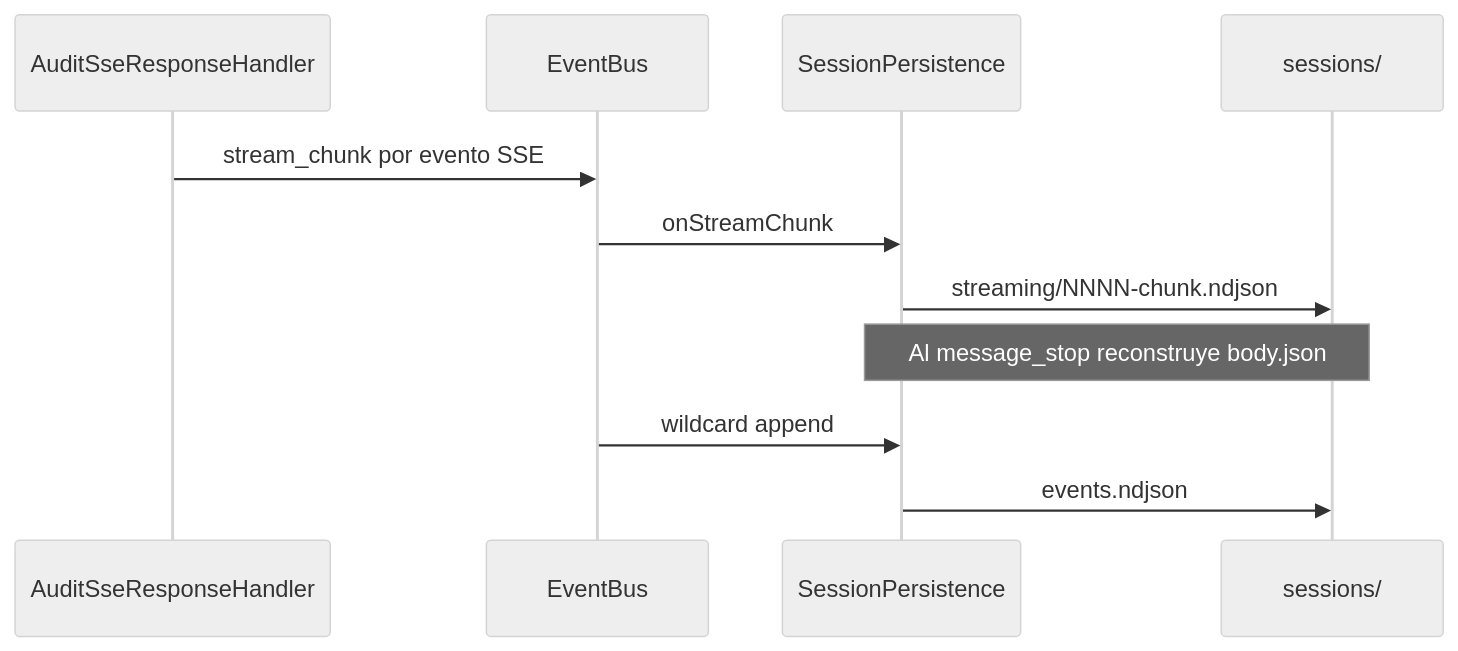
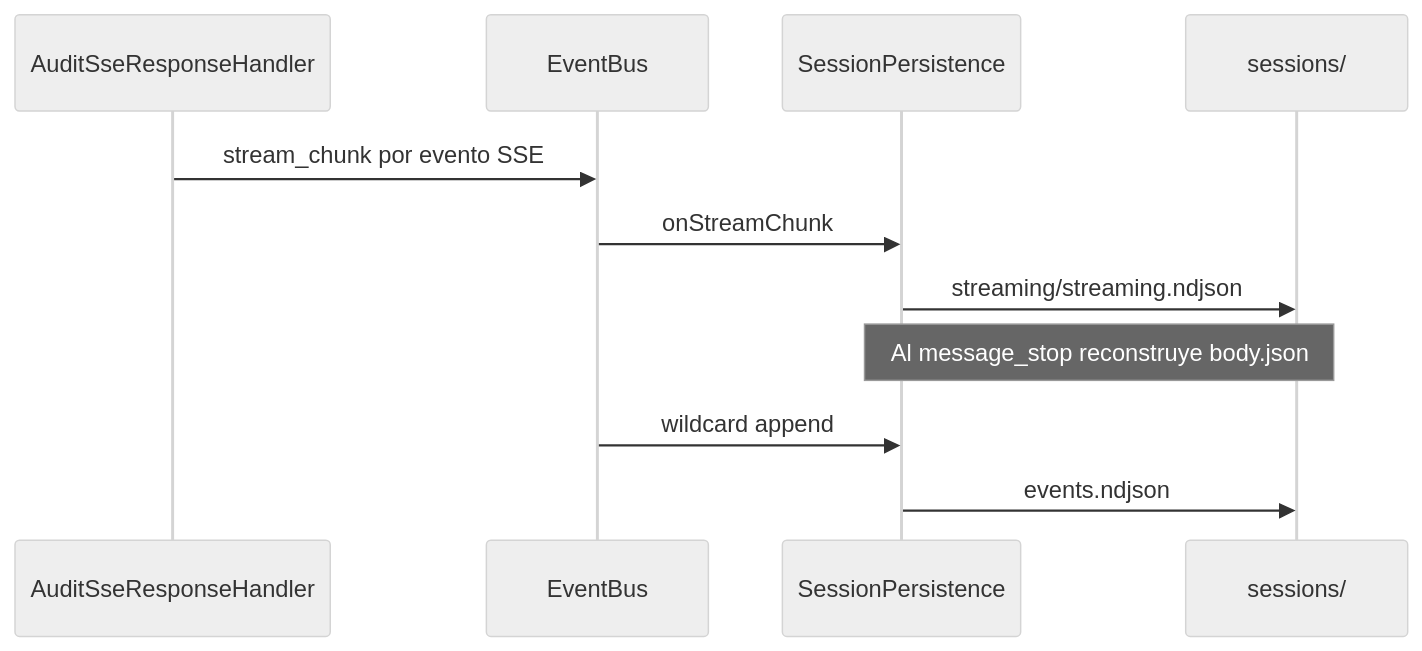
Before and after one commit to CristianRojas-SoftwareEngineer/EvolutiveX-Agent-Orchestrator: the diagram in openspec/changes/archive/2026-06-01--c00012-gateway-migration/phases/2026-06-01--c00013-gateway-p2-new-artifacts/design.md, drawn with Mermaid (neutral theme). The commit also changed other lines of this file and 47 other files, not shown here.

````diff
--- a/openspec/changes/archive/2026-06-01--c00012-gateway-migration/phases/2026-06-01--c00013-gateway-p2-new-artifacts/design.md
+++ b/openspec/changes/archive/2026-06-01--c00012-gateway-migration/phases/2026-06-01--c00013-gateway-p2-new-artifacts/design.md
@@ -7,14 +7,14 @@
 ```mermaid
 sequenceDiagram
   participant H as AuditSseResponseHandler
   participant B as EventBus
   participant SP as SessionPersistence
   participant Disk as sessions/
 
   H->>B: stream_chunk por evento SSE
   B->>SP: onStreamChunk
-  SP->>Disk: streaming/NNNN-chunk.ndjson
+  SP->>Disk: streaming/streaming.ndjson
   Note over SP,Disk: Al message_stop reconstruye body.json
   B->>SP: wildcard append
   SP->>Disk: events.ndjson
 ```
````
